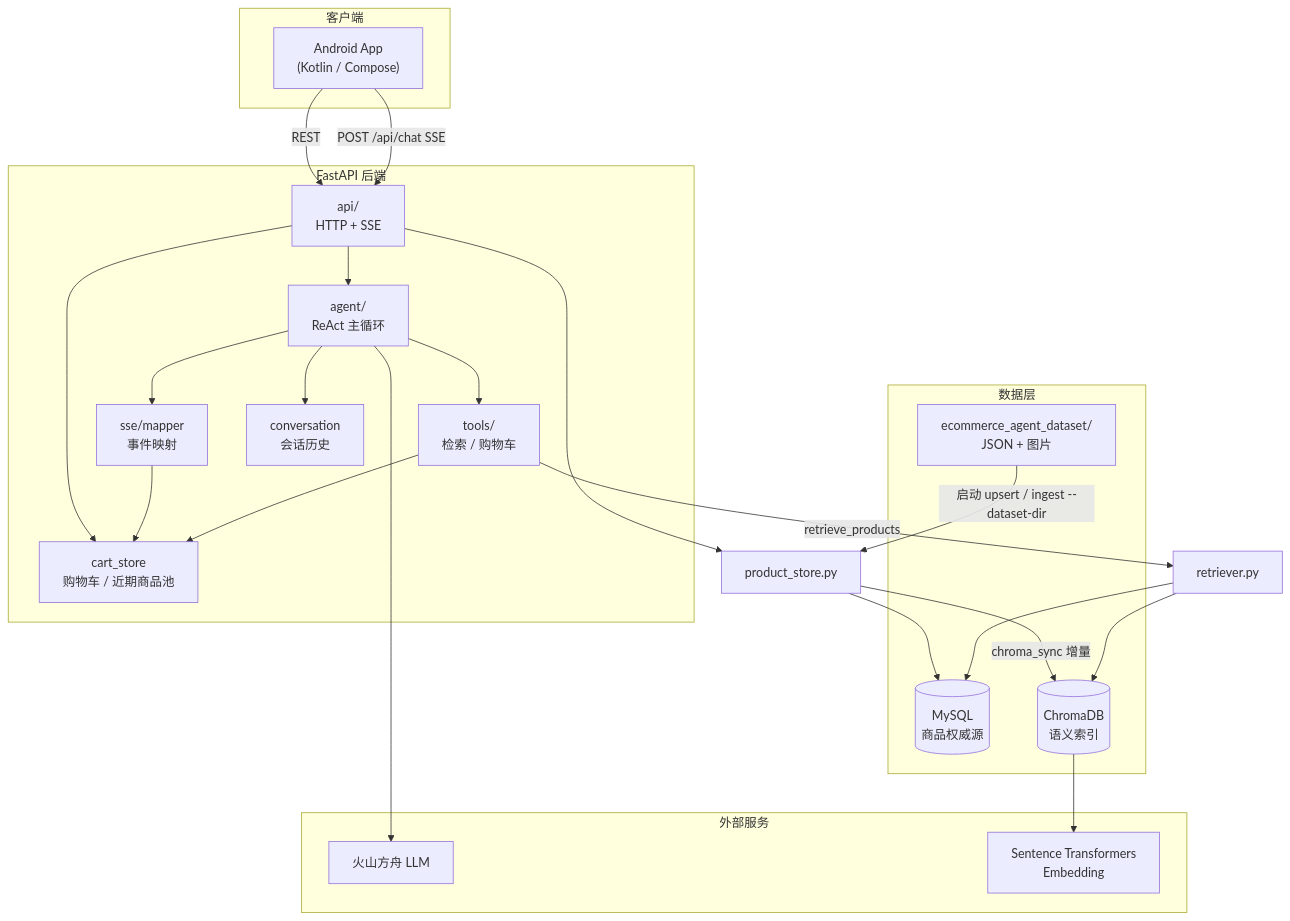
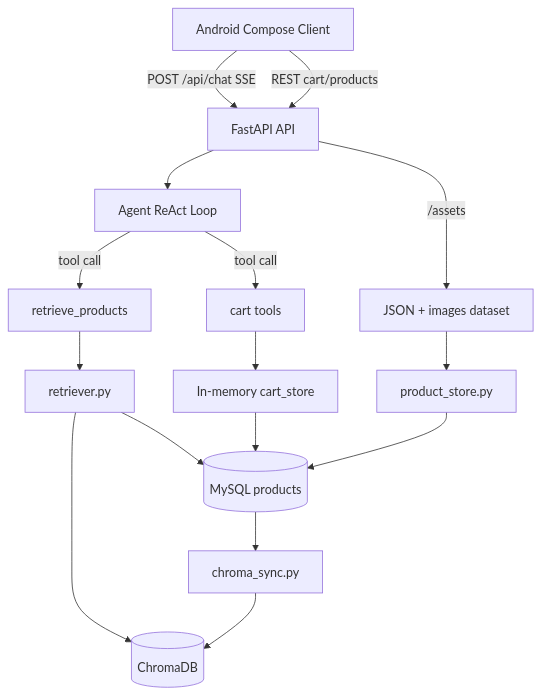
The first of 5 diagrams in architecture.md (LyZephyr/EcommerceAgent), drawn with Mermaid before and after one commit. The commit also changed other lines of this file and 2 other files, not shown here.

````diff
--- a/architecture.md
+++ b/architecture.md
@@ -7,45 +14,18 @@
 ```mermaid
-flowchart TB
-    subgraph Client["客户端"]
-        Android["Android App\n(Kotlin / Compose)"]
-    end
-
-    subgraph Server["FastAPI 后端"]
-        API["api/\nHTTP + SSE"]
-        Agent["agent/\nReAct 主循环"]
-        Tools["tools/\n检索 / 购物车"]
-        SSE["sse/mapper\n事件映射"]
-        Conv["conversation\n会话历史"]
-        Cart["cart_store\n购物车 / 近期商品池"]
-    end
-
-    subgraph Data["数据层"]
-        MySQL[("MySQL\n商品权威源")]
-        Chroma[("ChromaDB\n语义索引")]
-        Dataset["ecommerce_agent_dataset/\nJSON + 图片"]
-    end
-
-    subgraph External["外部服务"]
-        LLM["火山方舟 LLM"]
-        Embed["Sentence Transformers\nEmbedding"]
-    end
-
-    Android -->|POST /api/chat SSE| API
-    Android -->|REST| API
-    API --> Agent
-    Agent --> Tools
-    Agent --> LLM
-    Tools -->|retrieve_products| Retriever["retriever.py"]
-    Retriever --> Chroma
-    Retriever --> MySQL
-    Tools --> Cart
-    Agent --> Conv
-    Agent --> SSE
-    SSE --> Cart
-    API --> Cart
-    API --> ProductStore["product_store.py"]
+flowchart TD
+    Android[Android Compose Client] -->|POST /api/chat SSE| FastAPI[FastAPI API]
+    Android -->|REST cart/products| FastAPI
+    FastAPI --> Agent[Agent ReAct Loop]
+    Agent -->|tool call| RetrieveTool[retrieve_products]
+    Agent -->|tool call| CartTool[cart tools]
+    RetrieveTool --> Retriever[retriever.py]
+    Retriever --> Chroma[(ChromaDB)]
+    Retriever --> MySQL[(MySQL products)]
+    CartTool --> CartStore[In-memory cart_store]
+    CartStore --> MySQL
+    Dataset[JSON + images dataset] --> ProductStore[product_store.py]
     ProductStore --> MySQL
-    Dataset -->|启动 upsert / ingest --dataset-dir| ProductStore
-    ProductStore -->|chroma_sync 增量| Chroma
-    Chroma --> Embed
+    MySQL --> ChromaSync[chroma_sync.py]
+    ChromaSync --> Chroma
+    FastAPI -->|/assets| Dataset
 ```
````
